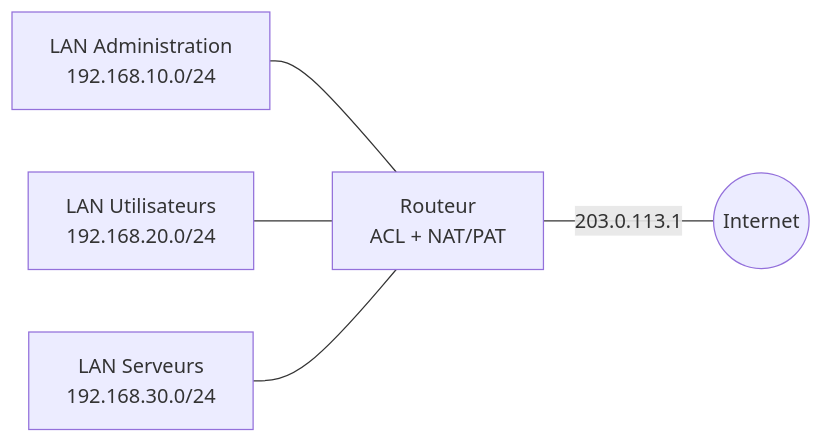
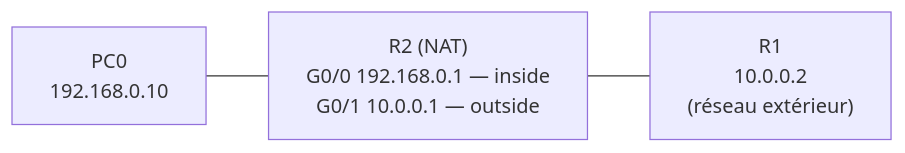
Before and after one commit to EvanBienvenu/acl-nat-pat: the diagram in README.md, drawn with Mermaid. The commit also changed other lines of this file, not shown here.

Commit message:
Remplacer l'exemple par les TP Mur de feu et NAT/PAT

````diff
--- a/README.md
+++ b/README.md
@@ -20,7 +85,5 @@
 ```mermaid
 graph LR
-    ADM["LAN Administration<br/>192.168.10.0/24"] --- R["Routeur<br/>ACL + NAT/PAT"]
-    USR["LAN Utilisateurs<br/>192.168.20.0/24"] --- R
-    SRV["LAN Serveurs<br/>192.168.30.0/24"] --- R
-    R -- "203.0.113.1" --- INT(("Internet"))
+    PC0["PC0<br/>192.168.0.10"] --- R2["R2 (NAT)<br/>G0/0 192.168.0.1 — inside<br/>G0/1 10.0.0.1 — outside"]
+    R2 --- R1["R1<br/>10.0.0.2<br/>(réseau extérieur)"]
 ```
````
